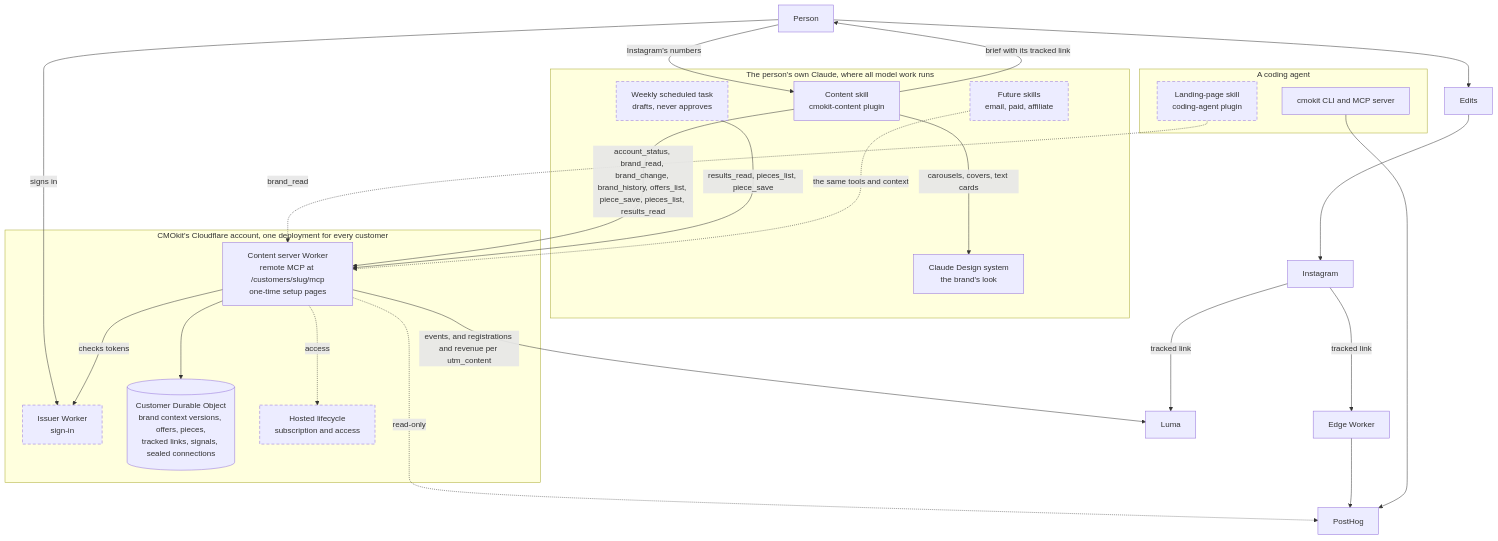
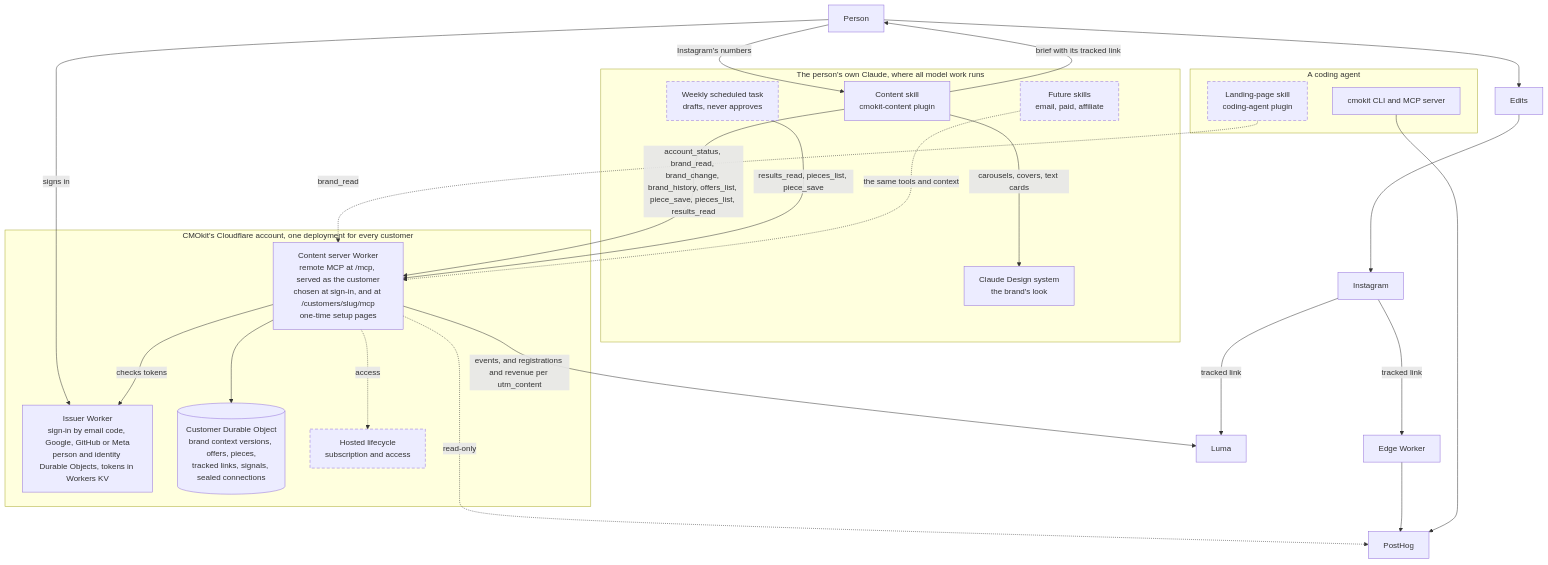
One commit to cmokit/cmokit changed the second of 6 diagrams in docs/explanation/architecture.md. Above: the diagram before and after it, drawn with Mermaid. The commit also changed 31 other files, not shown here.

First line of the commit message:
Sign-in: the issuer, routing the hosted address to the customer chosen (#24)

````diff
--- a/docs/explanation/architecture.md
+++ b/docs/explanation/architecture.md
@@ -65,51 +65,51 @@
 ```mermaid
 flowchart TB
   person["Person"]
 
   subgraph claude["The person's own Claude, where all model work runs"]
     content["Content skill<br/>cmokit-content plugin"]
     task["Weekly scheduled task<br/>drafts, never approves"]
     design["Claude Design system<br/>the brand's look"]
     future["Future skills<br/>email, paid, affiliate"]
   end
 
   subgraph coding["A coding agent"]
     lp["Landing-page skill<br/>coding-agent plugin"]
     cli["cmokit CLI and MCP server"]
   end
 
   subgraph cf["CMOkit's Cloudflare account, one deployment for every customer"]
-    issuer["Issuer Worker<br/>sign-in"]
-    server["Content server Worker<br/>remote MCP at /customers/slug/mcp<br/>one-time setup pages"]
+    issuer["Issuer Worker<br/>sign-in by email code, Google, GitHub or Meta<br/>person and identity Durable Objects, tokens in Workers KV"]
+    server["Content server Worker<br/>remote MCP at /mcp, served as the customer<br/>chosen at sign-in, and at /customers/slug/mcp<br/>one-time setup pages"]
     custdo[("Customer Durable Object<br/>brand context versions, offers, pieces,<br/>tracked links, signals, sealed connections")]
     billing["Hosted lifecycle<br/>subscription and access"]
   end
 
   edge["Edge Worker"]
   luma["Luma"]
   posthog["PostHog"]
   edits["Edits"]
   insta["Instagram"]
 
   person -- "signs in" --> issuer
   content -- "account_status, brand_read, brand_change, brand_history, offers_list, piece_save, pieces_list, results_read" --> server
   task -- "results_read, pieces_list, piece_save" --> server
   lp -. "brand_read" .-> server
   future -. "the same tools and context" .-> server
   server -- "checks tokens" --> issuer
   server --> custdo
   server -. "access" .-> billing
   server -- "events, and registrations and revenue per utm_content" --> luma
   server -. "read-only" .-> posthog
   content -- "carousels, covers, text cards" --> design
   content -- "brief with its tracked link" --> person
   person --> edits --> insta
   person -- "Instagram's numbers" --> content
   insta -- "tracked link" --> luma
   insta -- "tracked link" --> edge
   edge --> posthog
   cli --> posthog
 
   classDef designed stroke-dasharray:6 4
-  class task,lp,issuer,billing,future designed
+  class task,lp,billing,future designed
 ```
````
